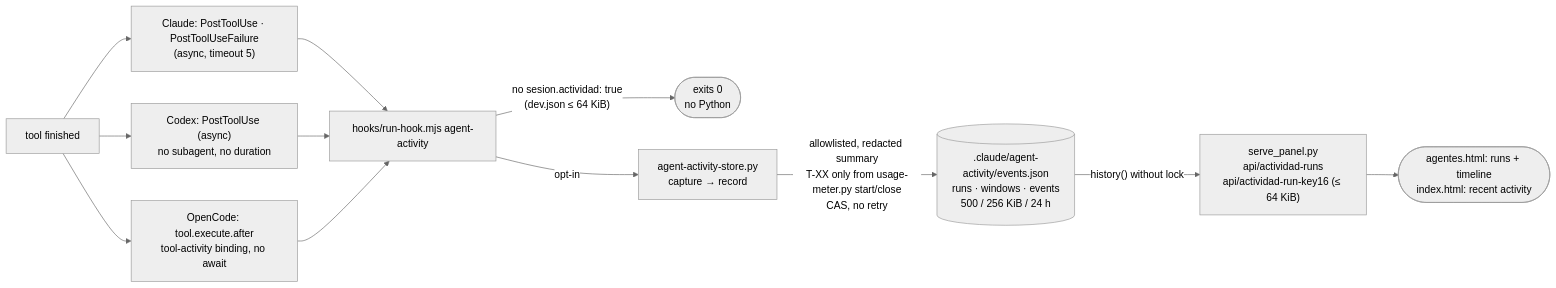
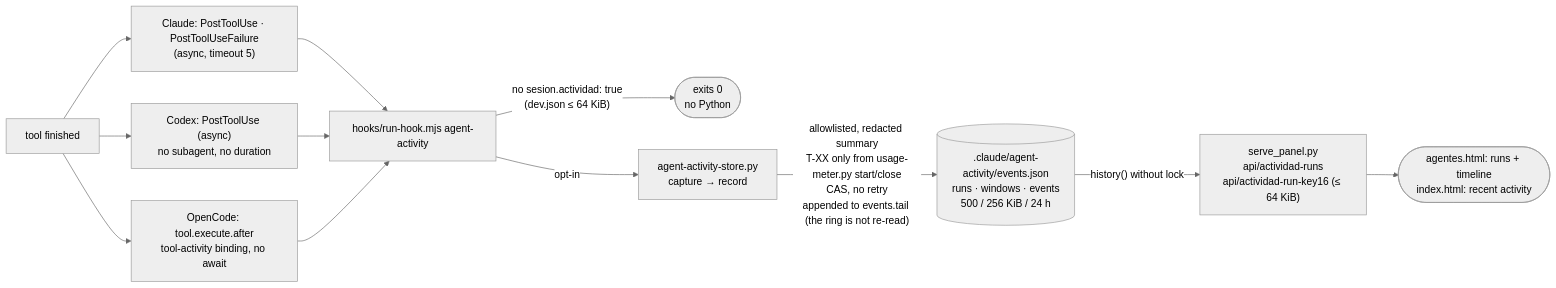
Diagram 18 of 28 in docs/en/FLOWS.md (daycry/custom-agents), drawn with Mermaid (neutral theme) before and after one commit. The commit also changed other lines of this file and 10 other files, not shown here.

````diff
--- a/docs/en/FLOWS.md
+++ b/docs/en/FLOWS.md
@@ -575,12 +575,12 @@
 ```mermaid
 flowchart LR
     T["tool finished"] --> CC["Claude: PostToolUse · PostToolUseFailure<br/>(async, timeout 5)"]
     T --> CX["Codex: PostToolUse (async)<br/>no subagent, no duration"]
     T --> OC["OpenCode: tool.execute.after<br/>tool-activity binding, no await"]
     CC & CX & OC --> L["hooks/run-hook.mjs agent-activity"]
     L -->|"no sesion.actividad: true<br/>(dev.json ≤ 64 KiB)"| X(["exits 0<br/>no Python"])
     L -->|"opt-in"| S["agent-activity-store.py<br/>capture → record"]
-    S -->|"allowlisted, redacted summary<br/>T-XX only from usage-meter.py start/close<br/>CAS, no retry"| E[(".claude/agent-activity/events.json<br/>runs · windows · events<br/>500 / 256 KiB / 24 h")]
+    S -->|"allowlisted, redacted summary<br/>T-XX only from usage-meter.py start/close<br/>CAS, no retry<br/>appended to events.tail (the ring is not re-read)"| E[(".claude/agent-activity/events.json<br/>runs · windows · events<br/>500 / 256 KiB / 24 h")]
     E -->|"history() without lock"| A["serve_panel.py<br/>api/actividad-runs<br/>api/actividad-run-key16 (≤ 64 KiB)"]
     A --> P(["agentes.html: runs + timeline<br/>index.html: recent activity"])
 ```
````
